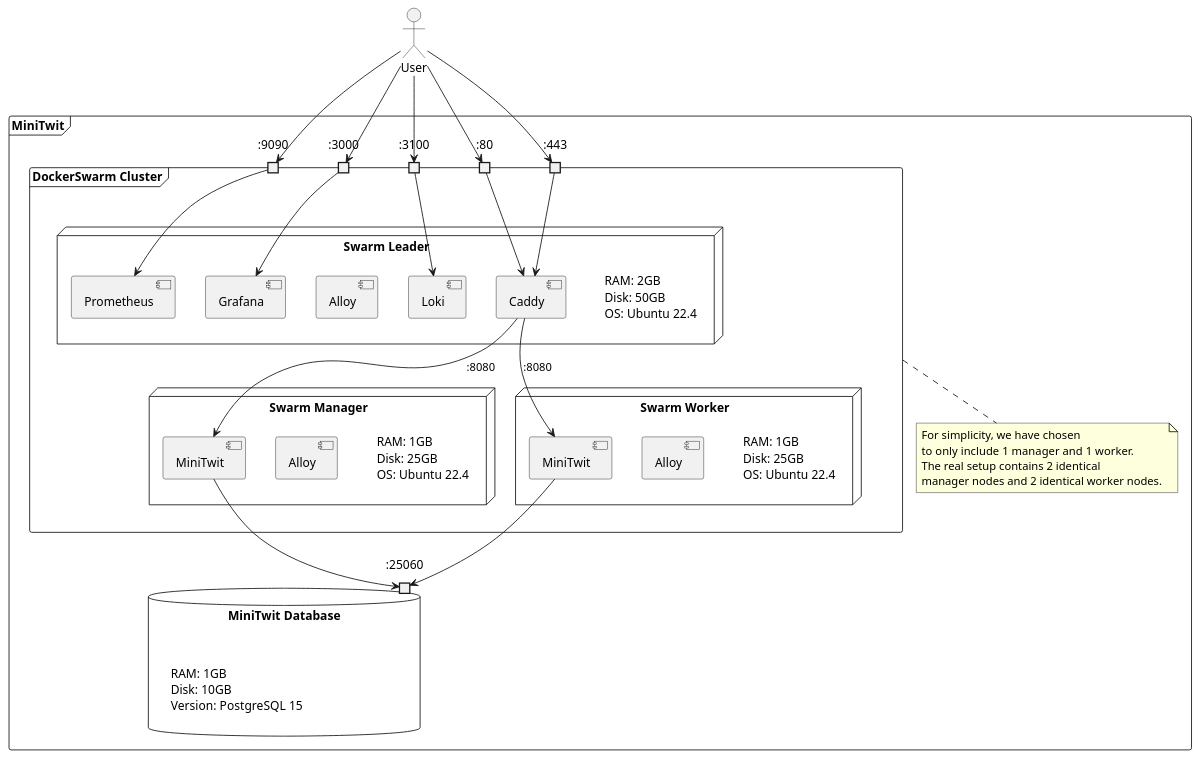
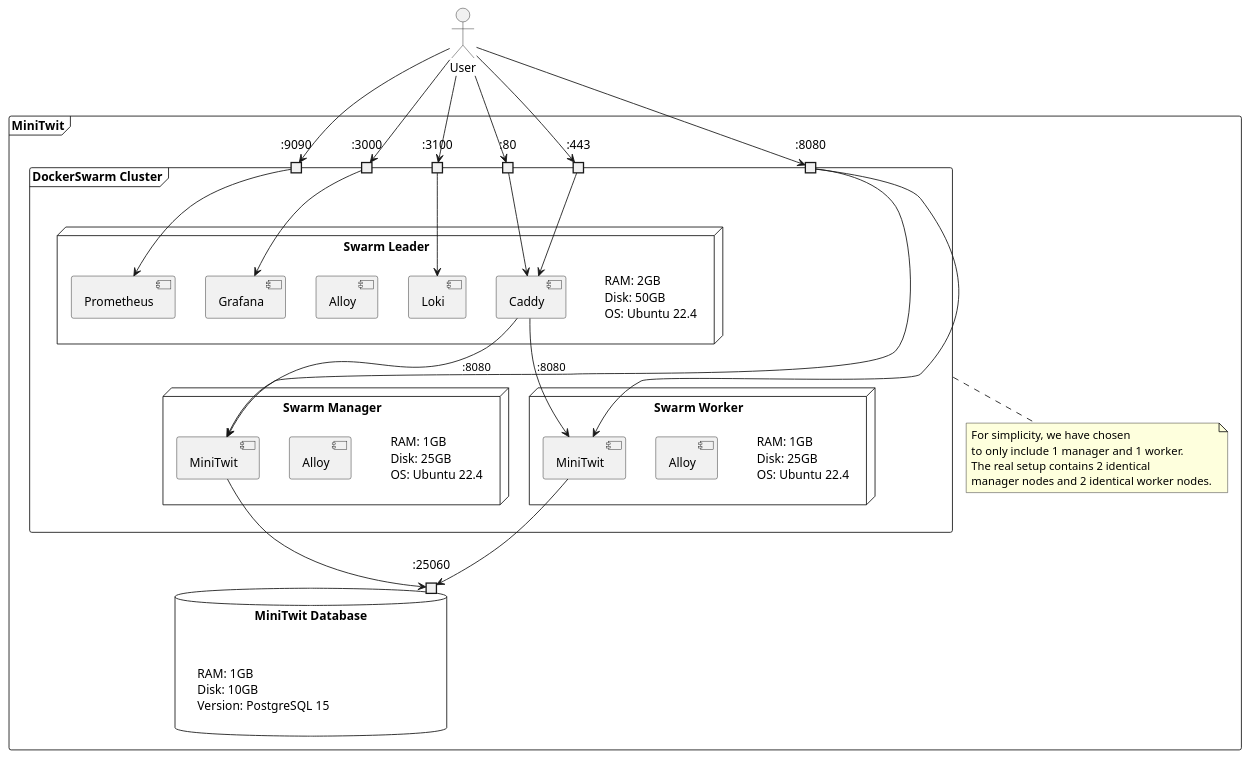
Before and after one commit to DevBobs-devops/Devbobs_MiniTwit: the diagram in report/src/diagrams/deployment-2.puml, drawn with PlantUML.

Commit message:
report: add port 8080 to diagram

```diff
--- a/report/src/diagrams/deployment-2.puml
+++ b/report/src/diagrams/deployment-2.puml
@@ -1,77 +1,80 @@
 @startuml 
 
 actor User
 
 frame "MiniTwit" as MiniTwit {
 
     frame "DockerSwarm Cluster" as DockerSwarm{
          
          
         port ":9090" as 9090
         port ":3000" as 3000
         port ":3100" as 3100
         port ":80"   as 80
         port ":443"  as 443
+        port ":8080" as 8080
 
         node "Swarm Leader" as leader {
             label "RAM: 2GB\nDisk: 50GB \nOS: Ubuntu 22.4 " as label_0
 
             component Grafana
             component Loki
             component Alloy as alloy_0
             component Prometheus                 
             component Caddy
         }
 
     
             node "Swarm Manager" as manager_1 {
                 label "RAM: 1GB\nDisk: 25GB \nOS: Ubuntu 22.4 " as label_1
                 component Alloy as alloy_1
                 component MiniTwit as minitwit_0
             
             }
 
             node "Swarm Worker" as worker {
                 label "RAM: 1GB\nDisk: 25GB \nOS: Ubuntu 22.4 " as label_2
                 component Alloy as alloy_2
                 component MiniTwit as minitwit_1
             
             }
     
     
 }   
 
     database "MiniTwit Database" as db{
         label "RAM: 1GB \nDisk: 10GB \nVersion: PostgreSQL 15"
         port ":25060" as 25060        
     }
 
     note bottom of DockerSwarm
         For simplicity, we have chosen
         to only include 1 manager and 1 worker. 
         The real setup contains 2 identical 
         manager nodes and 2 identical worker nodes. 
     end note
 }
 
 
 User --> 80 
 User --> 443 
 User --> 9090
 User --> 3000
 User --> 3100 
+User --> 8080
 3000 --> Grafana 
 3100 --> Loki
 9090 --> Prometheus
 80 --> Caddy
 443 --> Caddy 
 
-
+8080 --> minitwit_0
+8080 --> minitwit_1
 Caddy --> minitwit_0 : :8080 
 Caddy --> minitwit_1 : :8080 
 minitwit_0 --> 25060 
 minitwit_1 --> 25060 
 
 
 
 @enduml
```
